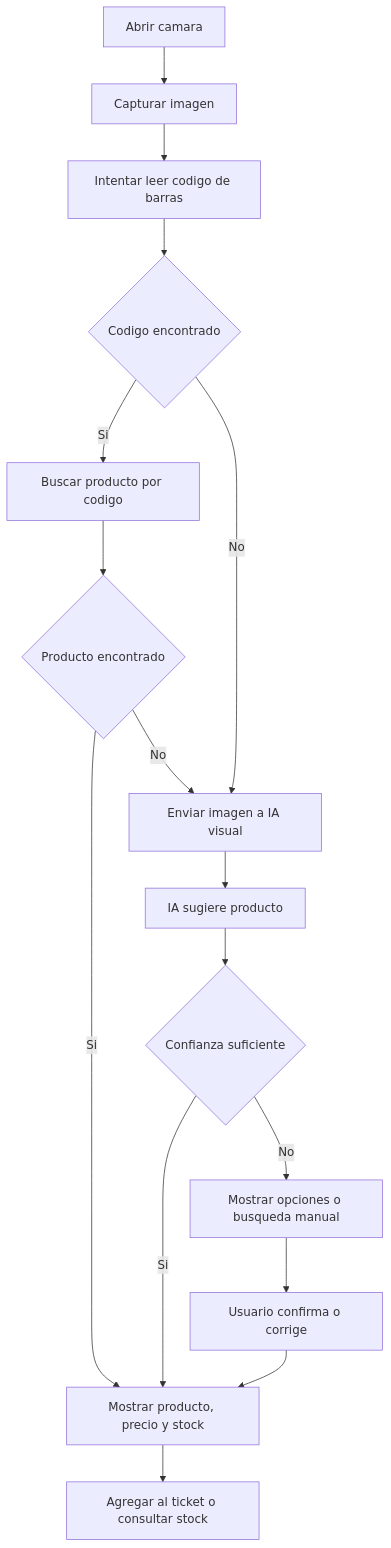
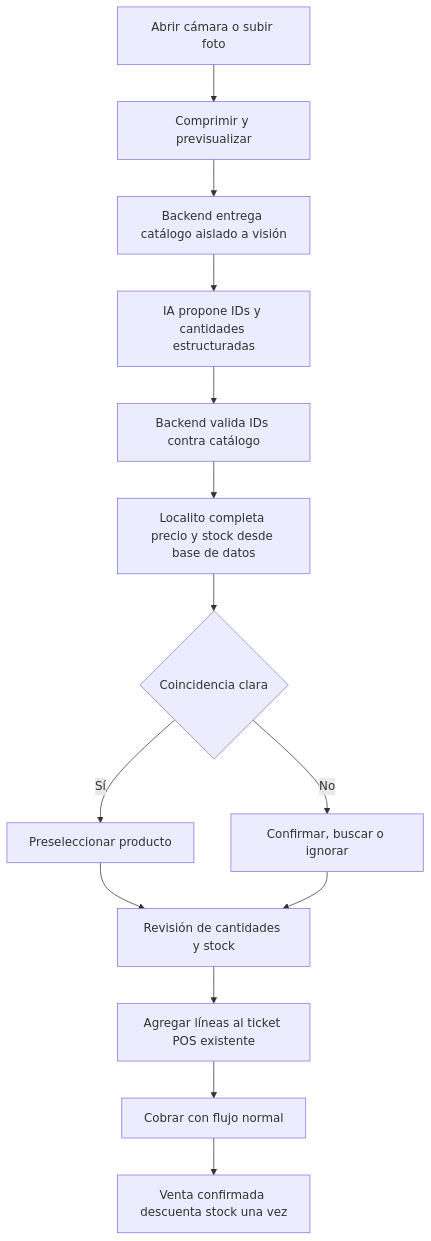
One commit to CamiloGonzalezSt/LocalitoSaaS changed the sixth of 6 diagrams in docs/Documento-Proyecto-Localito.md. Above: the diagram before and after it, drawn with Mermaid. The commit also changed other lines of this file and 19 other files, not shown here.

````diff
--- a/docs/Documento-Proyecto-Localito.md
+++ b/docs/Documento-Proyecto-Localito.md
@@ -921,18 +921,16 @@
 ```mermaid
 flowchart TD
-    A["Abrir camara"] --> B["Capturar imagen"]
-    B --> C["Intentar leer codigo de barras"]
-    C --> D{Codigo encontrado}
-    D -->|Si| E["Buscar producto por codigo"]
-    D -->|No| F["Enviar imagen a IA visual"]
-    E --> G{Producto encontrado}
-    G -->|Si| H["Mostrar producto, precio y stock"]
-    G -->|No| F
-    F --> I["IA sugiere producto"]
-    I --> J{Confianza suficiente}
-    J -->|Si| H
-    J -->|No| K["Mostrar opciones o busqueda manual"]
-    K --> L["Usuario confirma o corrige"]
-    L --> H
-    H --> M["Agregar al ticket o consultar stock"]
+    A["Abrir cámara o subir foto"] --> B["Comprimir y previsualizar"]
+    B --> C["Backend entrega catálogo aislado a visión"]
+    C --> D["IA propone IDs y cantidades estructuradas"]
+    D --> E["Backend valida IDs contra catálogo"]
+    E --> F["Localito completa precio y stock desde base de datos"]
+    F --> G{Coincidencia clara}
+    G -->|Sí| H["Preseleccionar producto"]
+    G -->|No| I["Confirmar, buscar o ignorar"]
+    H --> J["Revisión de cantidades y stock"]
+    I --> J
+    J --> K["Agregar líneas al ticket POS existente"]
+    K --> L["Cobrar con flujo normal"]
+    L --> M["Venta confirmada descuenta stock una vez"]
 ```
````
